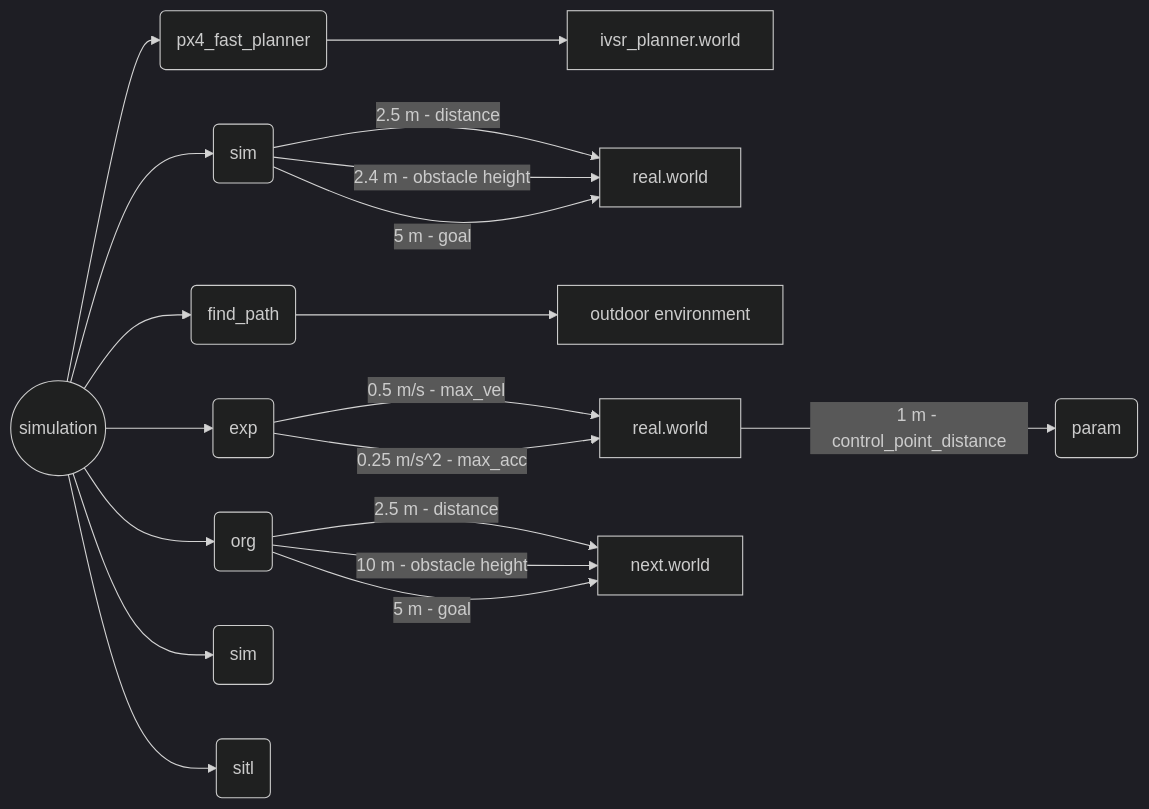
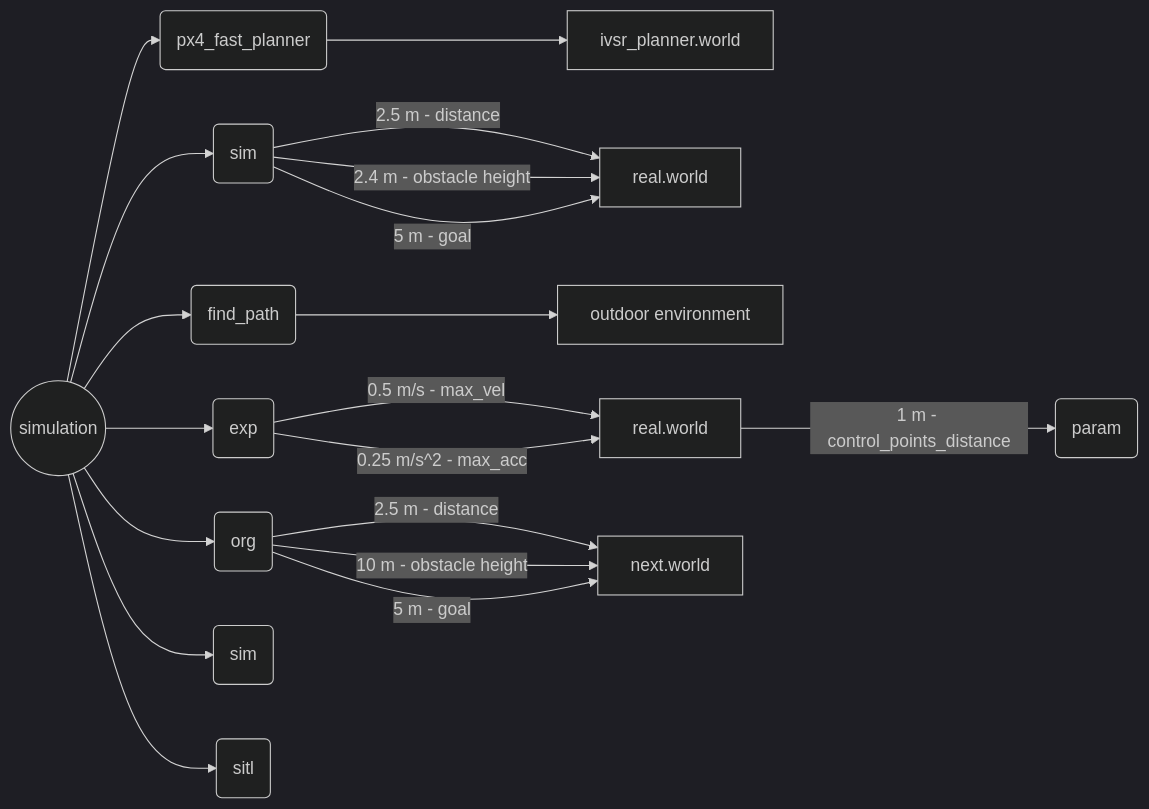
One commit to Dieptranivsr/drone_extend changed the fourth of 4 diagrams in README.md. Above: the diagram before and after it, drawn with Mermaid (dark theme).

````diff
--- a/README.md
+++ b/README.md
@@ -33,22 +33,22 @@
 ```mermaid
 flowchart LR 
 
 A((simulation)) --> B(px4_fast_planner)
 B --> C[ivsr_planner.world]
 A --> D(sim)
 D -->|2.5 m - distance| E[real.world]
 D -->|2.4 m - obstacle height| E
 D -->|5 m - goal| E
 A --> F(find_path)
 F --> G[outdoor environment]
 A --> H(exp)
 H -->|0.5 m/s - max_vel| I[real.world]
 H -->|0.25 m/s^2 - max_acc| I
-I -->|1 m - control_point_distance| II(param)
+I -->|1 m - control_points_distance| II(param)
 A --> J(org)
 J -->|2.5 m - distance| K[next.world]
 J -->|10 m - obstacle height| K
 J -->|5 m - goal| K
 A --> L(sim)
 A --> M(sitl)
 ```
````
